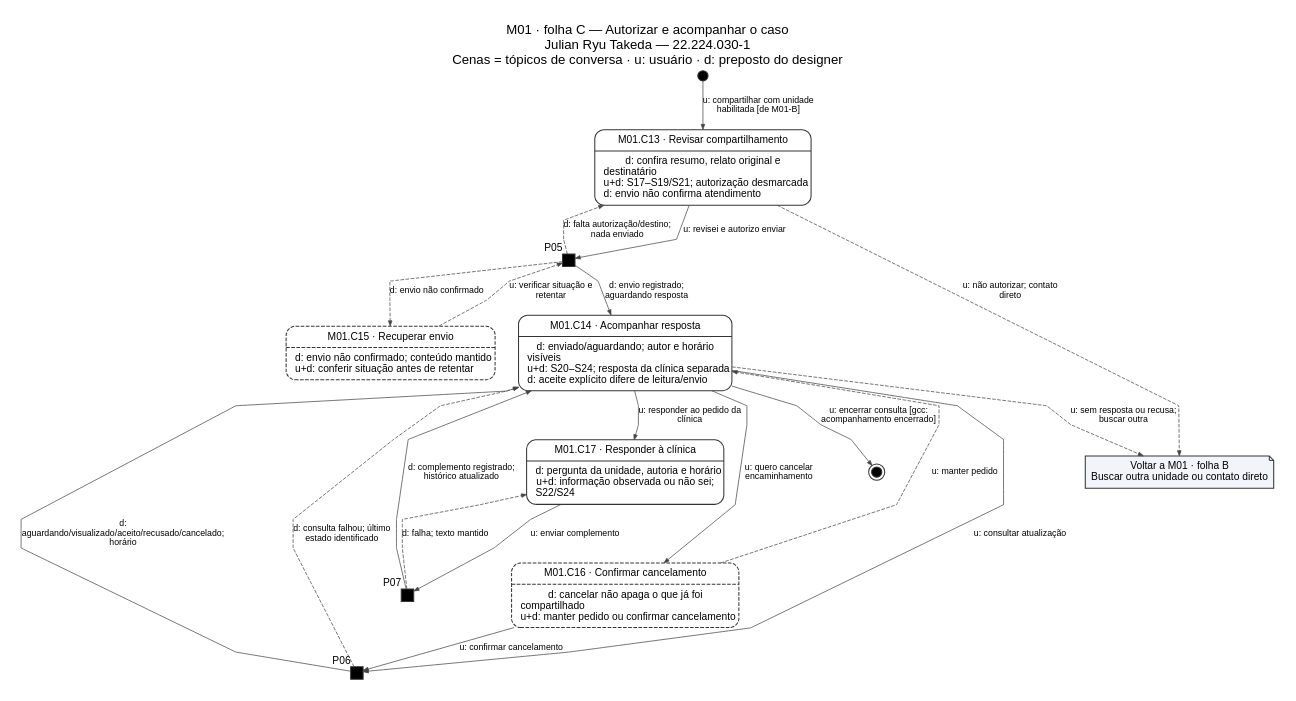
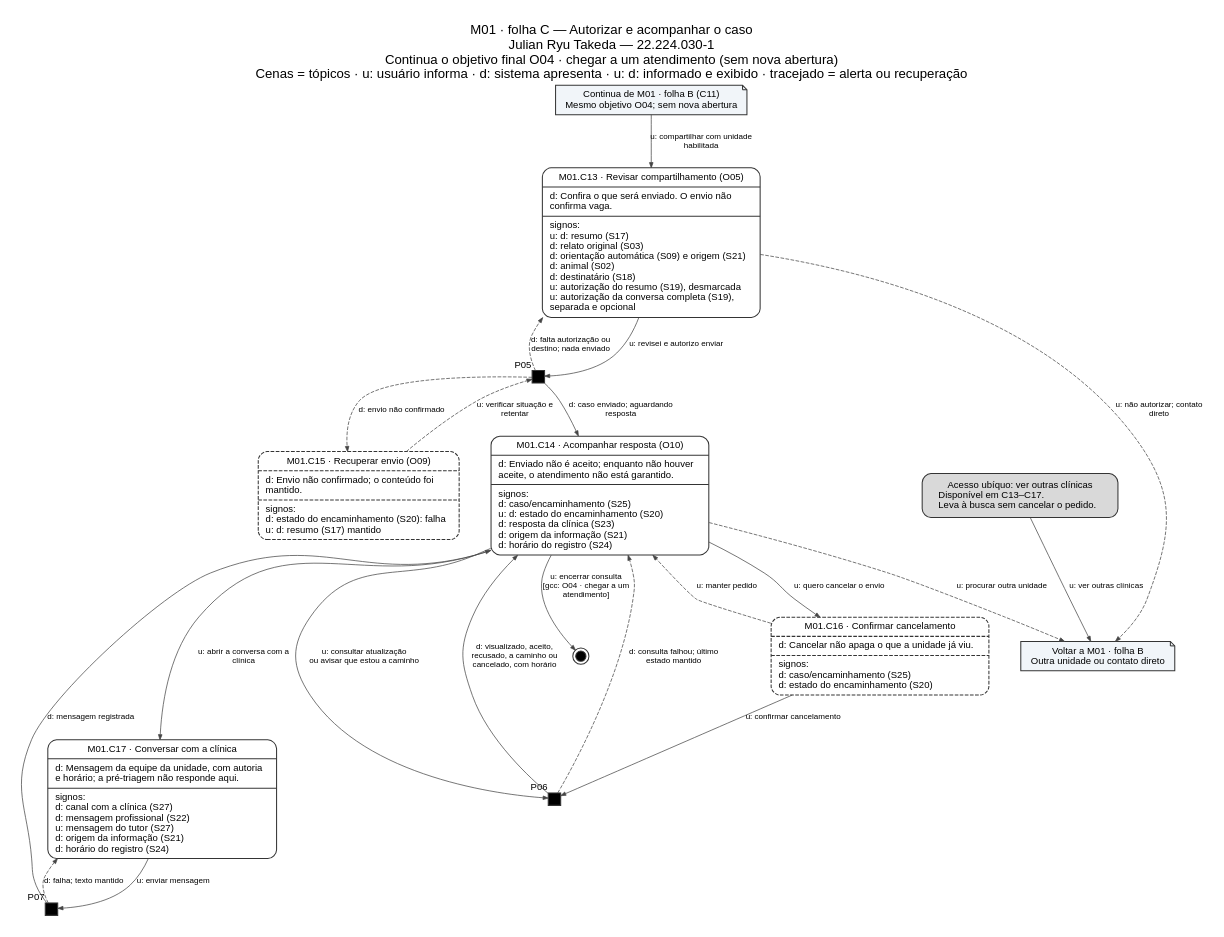
The diagram in assets/10_molic/molic_m01_envio.dot (Ryu2525/INTERFACE-HUMANO-COMPUTADOR), drawn with Graphviz before and after one commit. The commit also changed 16 other files, not shown here.

```diff
--- a/assets/10_molic/molic_m01_envio.dot
+++ b/assets/10_molic/molic_m01_envio.dot
@@ -1,36 +1,38 @@
 digraph molic {
-graph [rankdir=TB, bgcolor="white", pad="0.3", nodesep="0.45", ranksep="0.55", splines=polyline, fontname="Arial", fontsize=18, labelloc=t, label="M01 · folha C — Autorizar e acompanhar o caso\nJulian Ryu Takeda — 22.224.030-1\nCenas = tópicos de conversa · u: usuário · d: preposto do designer"];
-node [fontname="Arial", fontsize=14, color="#343434", penwidth=1.4, margin="0.16,0.10"];
-edge [fontname="Arial", fontsize=12, color="#454545", arrowsize=0.7];
-C13 [shape="Mrecord", label="{M01.C13 · Revisar compartilhamento|d: confira resumo, relato original e\ndestinatário\lu+d: S17–S19/S21; autorização desmarcada\ld: envio não confirma atendimento\l}", style="solid"];
-inicio [shape="circle", style="filled", fillcolor="black", width="0.20", height="0.20", fixedsize="true", label=""];
-P05 [shape="square", style="filled", fillcolor="black", width="0.23", height="0.23", fixedsize="true", label="", xlabel="P05"];
-P06 [shape="square", style="filled", fillcolor="black", width="0.23", height="0.23", fixedsize="true", label="", xlabel="P06"];
-P07 [shape="square", style="filled", fillcolor="black", width="0.23", height="0.23", fixedsize="true", label="", xlabel="P07"];
-C14 [shape="Mrecord", label="{M01.C14 · Acompanhar resposta|d: enviado/aguardando; autor e horário\nvisíveis\lu+d: S20–S24; resposta da clínica separada\ld: aceite explícito difere de leitura/envio\l}", style="solid"];
-C15 [shape="Mrecord", label="{M01.C15 · Recuperar envio|d: envio não confirmado; conteúdo mantido\lu+d: conferir situação antes de retentar\l}", style="dashed"];
-C16 [shape="Mrecord", label="{M01.C16 · Confirmar cancelamento|d: cancelar não apaga o que já foi\ncompartilhado\lu+d: manter pedido ou confirmar cancelamento\l}", style="dashed"];
-C17 [shape="Mrecord", label="{M01.C17 · Responder à clínica|d: pergunta da unidade, autoria e horário\lu+d: informação observada ou não sei;\nS22/S24\l}", style="solid"];
-B [shape="note", style="filled", fillcolor="#f1f5f9", label="Voltar a M01 · folha B\nBuscar outra unidade ou contato direto"];
+graph [rankdir=TB, bgcolor="white", pad="0.3", nodesep="0.6", ranksep="0.65", splines=true, fontname="Arial", fontsize=18, labelloc=t, label="M01 · folha C — Autorizar e acompanhar o caso\nJulian Ryu Takeda — 22.224.030-1\nContinua o objetivo final O04 · chegar a um atendimento (sem nova abertura)\nCenas = tópicos · u: usuário informa · d: sistema apresenta · u: d: informado e exibido · tracejado = alerta ou recuperação"];
+node [fontname="Arial", fontsize=13, color="#343434", penwidth=1.4, margin="0.14,0.08"];
+edge [fontname="Arial", fontsize=11, color="#454545", arrowsize=0.7];
+REF [shape="note", style="filled", fillcolor="#f1f5f9", fontsize=13, label="Continua de M01 · folha B (C11)\nMesmo objetivo O04; sem nova abertura"];
+C13 [shape="Mrecord", style="solid", label="{M01.C13 · Revisar compartilhamento (O05)|d: Confira o que será enviado. O envio não\l   confirma vaga.\l|signos:\lu: d: resumo (S17)\ld: relato original (S03)\ld: orientação automática (S09) e origem (S21)\ld: animal (S02)\ld: destinatário (S18)\lu: autorização do resumo (S19), desmarcada\lu: autorização da conversa completa (S19),\l      separada e opcional\l}"];
+P05 [shape="square", style="filled", fillcolor="black", width="0.24", height="0.24", fixedsize="true", label="", xlabel="P05"];
+P06 [shape="square", style="filled", fillcolor="black", width="0.24", height="0.24", fixedsize="true", label="", xlabel="P06"];
+P07 [shape="square", style="filled", fillcolor="black", width="0.24", height="0.24", fixedsize="true", label="", xlabel="P07"];
+C14 [shape="Mrecord", style="solid", label="{M01.C14 · Acompanhar resposta (O10)|d: Enviado não é aceito; enquanto não houver\l   aceite, o atendimento não está garantido.\l|signos:\ld: caso/encaminhamento (S25)\lu: d: estado do encaminhamento (S20)\ld: resposta da clínica (S23)\ld: origem da informação (S21)\ld: horário do registro (S24)\l}"];
+C15 [shape="Mrecord", style="dashed", label="{M01.C15 · Recuperar envio (O09)|d: Envio não confirmado; o conteúdo foi\l   mantido.\l|signos:\ld: estado do encaminhamento (S20): falha\lu: d: resumo (S17) mantido\l}"];
+C16 [shape="Mrecord", style="dashed", label="{M01.C16 · Confirmar cancelamento|d: Cancelar não apaga o que a unidade já viu.\l|signos:\ld: caso/encaminhamento (S25)\ld: estado do encaminhamento (S20)\l}"];
+C17 [shape="Mrecord", style="solid", label="{M01.C17 · Conversar com a clínica|d: Mensagem da equipe da unidade, com autoria\l   e horário; a pré-triagem não responde aqui.\l|signos:\ld: canal com a clínica (S27)\ld: mensagem profissional (S22)\lu: mensagem do tutor (S27)\ld: origem da informação (S21)\ld: horário do registro (S24)\l}"];
+U [shape="box", style="rounded,filled", fillcolor="#d9d9d9", fontsize=13, margin="0.3,0.12", label="Acesso ubíquo: ver outras clínicas\nDisponível em C13–C17.\lLeva à busca sem cancelar o pedido.\l"];
+B [shape="note", style="filled", fillcolor="#f1f5f9", fontsize=13, label="Voltar a M01 · folha B\nOutra unidade ou contato direto"];
 fim [shape="doublecircle", style="filled", fillcolor="black", width="0.20", height="0.20", fixedsize="true", label=""];
-C14 -> C17 -> C16 [style=invis, weight=100];
-inicio -> C13 [label="u: compartilhar com unidade\nhabilitada [de M01-B]"];
+{rank=same; C17; P06;}
+REF -> C13 [label="u: compartilhar com unidade\nhabilitada"];
 C13 -> P05 [label="u: revisei e autorizo enviar"];
-P05 -> C13 [label="d: falta autorização/destino;\nnada enviado", style="dashed"];
+P05 -> C13 [label="d: falta autorização ou\ndestino; nada enviado", style="dashed"];
 P05 -> C15 [label="d: envio não confirmado", style="dashed"];
 C15 -> P05 [label="u: verificar situação e\nretentar", style="dashed"];
-P05 -> C14 [label="d: envio registrado;\naguardando resposta"];
-C14 -> P06 [label="u: consultar atualização"];
-P06 -> C14 [label="d:\naguardando/visualizado/aceito/recusado/cancelado;\nhorário"];
-P06 -> C14 [label="d: consulta falhou; último\nestado identificado", style="dashed"];
-C14 -> C17 [label="u: responder ao pedido da\nclínica"];
-C17 -> P07 [label="u: enviar complemento"];
+P05 -> C14 [label="d: caso enviado; aguardando\nresposta"];
+C14 -> P06 [label="u: consultar atualização\nou avisar que estou a caminho"];
+P06 -> C14 [label="d: visualizado, aceito,\nrecusado, a caminho ou\ncancelado, com horário"];
+P06 -> C14 [label="d: consulta falhou; último\nestado mantido", style="dashed"];
+C14 -> C17 [label="u: abrir a conversa com a\nclínica"];
+C17 -> P07 [label="u: enviar mensagem"];
 P07 -> C17 [label="d: falha; texto mantido", style="dashed"];
-P07 -> C14 [label="d: complemento registrado;\nhistórico atualizado"];
-C14 -> B [label="u: sem resposta ou recusa;\nbuscar outra", style="dashed"];
+P07 -> C14 [label="d: mensagem registrada"];
+C14 -> B [label="u: procurar outra unidade", style="dashed"];
 C13 -> B [label="u: não autorizar; contato\ndireto", style="dashed"];
-C14 -> C16 [label="u: quero cancelar\nencaminhamento"];
+C14 -> C16 [label="u: quero cancelar o envio"];
 C16 -> C14 [label="u: manter pedido", style="dashed"];
 C16 -> P06 [label="u: confirmar cancelamento"];
-C14 -> fim [label="u: encerrar consulta [gcc:\nacompanhamento encerrado]"];
+U -> B [label="u: ver outras clínicas"];
+C14 -> fim [label="u: encerrar consulta\n[gcc: O04 · chegar a um\natendimento]"];
 }
```
